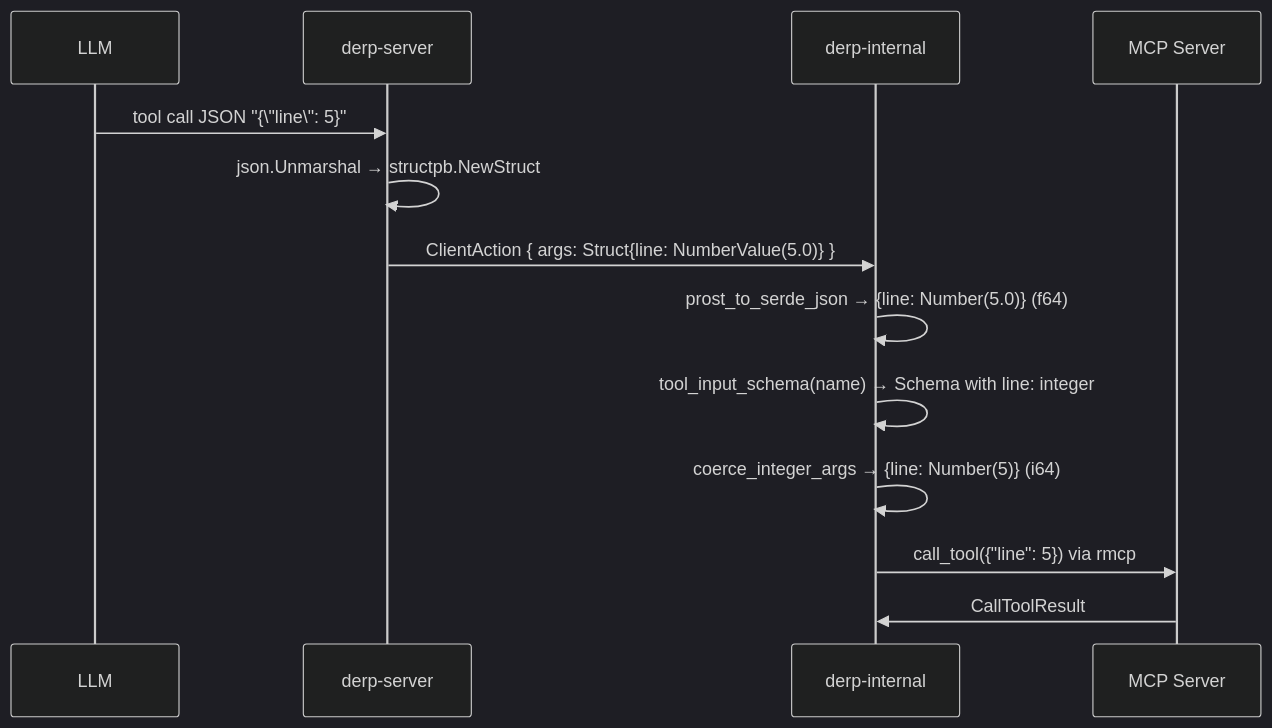
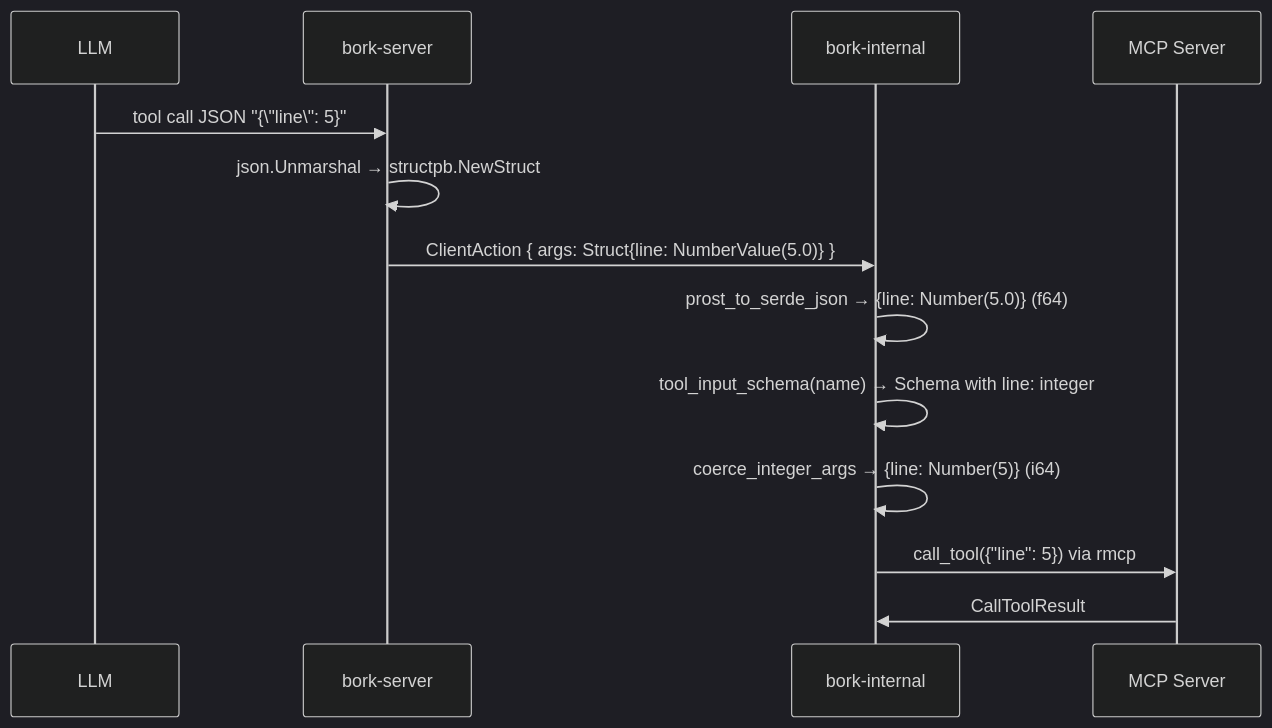
One commit to antikrust/krust-terminal changed the diagram in specs/APP-4105/TECH.md. Above: the diagram before and after it, drawn with Mermaid (dark theme). The commit also changed other lines of this file and 4477 other files, not shown here.

First line of the commit message:
Rebrand Derp -> Bork

````diff
--- a/specs/APP-4105/TECH.md
+++ b/specs/APP-4105/TECH.md
@@ -176,16 +176,16 @@
 ```mermaid
 sequenceDiagram
     participant LLM
-    participant Server as derp-server
-    participant Client as derp-internal
+    participant Server as bork-server
+    participant Client as bork-internal
     participant MCP as MCP Server
 
     LLM->>Server: tool call JSON "{\"line\": 5}"
     Server->>Server: json.Unmarshal → structpb.NewStruct
     Server->>Client: ClientAction { args: Struct{line: NumberValue(5.0)} }
     Client->>Client: prost_to_serde_json → {line: Number(5.0)} (f64)
     Client->>Client: tool_input_schema(name) → Schema with line: integer
     Client->>Client: coerce_integer_args → {line: Number(5)} (i64)
     Client->>MCP: call_tool({"line": 5}) via rmcp
     MCP->>Client: CallToolResult
 ```
````
